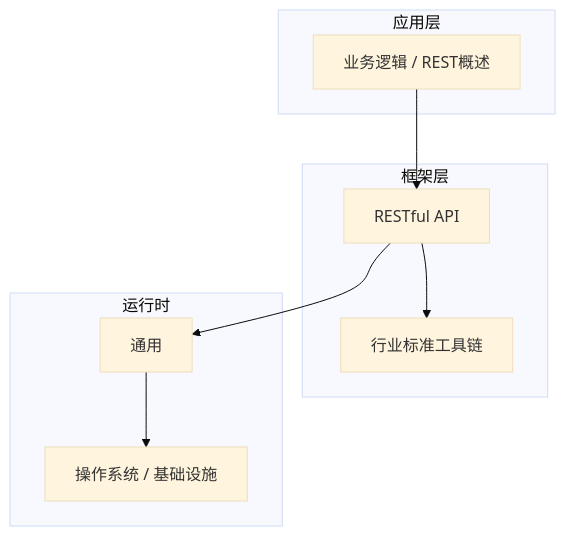
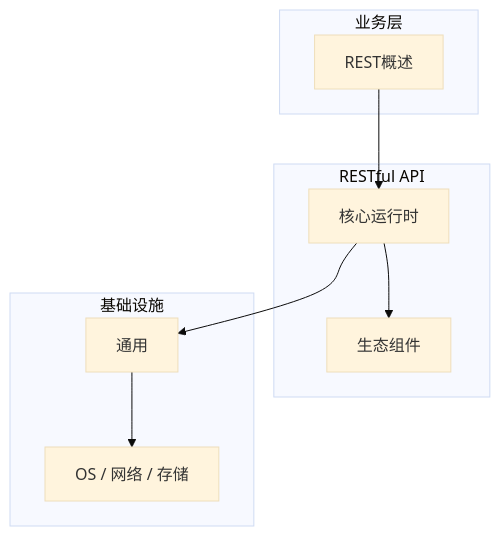
One commit to yanggan2015/knowledge-json-v2 changed the diagram in articles/RESTful API/chapters/001-REST概述核心概念与原理.md. Above: the diagram before and after it, drawn with Mermaid (base theme). The commit also changed other lines of this file and 10127 other files, not shown here.

````diff
--- a/articles/RESTful API/chapters/001-REST概述核心概念与原理.md
+++ b/articles/RESTful API/chapters/001-REST概述核心概念与原理.md
@@ -45,18 +34,18 @@
 ```mermaid
 graph TB
-    subgraph 应用层
-        A[业务逻辑 / REST概述]
+    subgraph 业务层
+        A[REST概述]
     end
-    subgraph 框架层
-        B[RESTful API]
-        C[行业标准工具链]
+    subgraph RESTful API
+        B[核心运行时]
+        C[生态组件]
     end
-    subgraph 运行时
+    subgraph 基础设施
         D[通用]
-        E[操作系统 / 基础设施]
+        E[OS / 网络 / 存储]
     end
     A --> B
     B --> C
     B --> D
     D --> E
 ```
````
